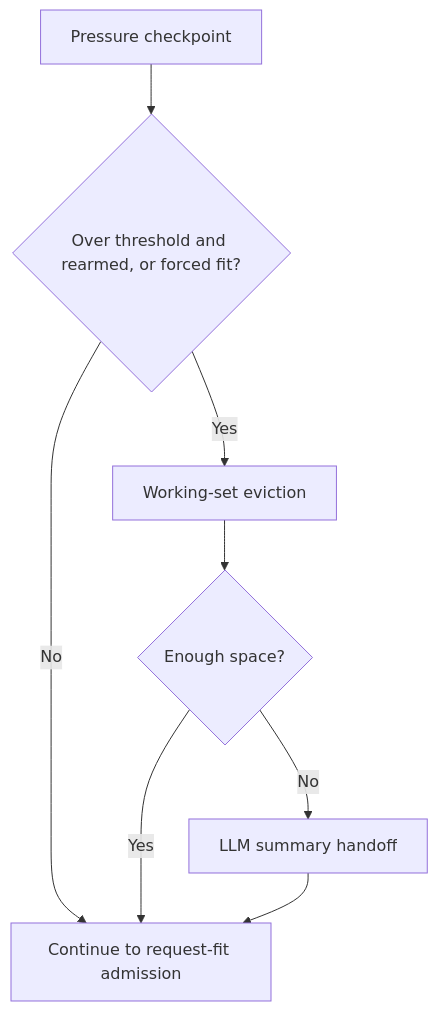
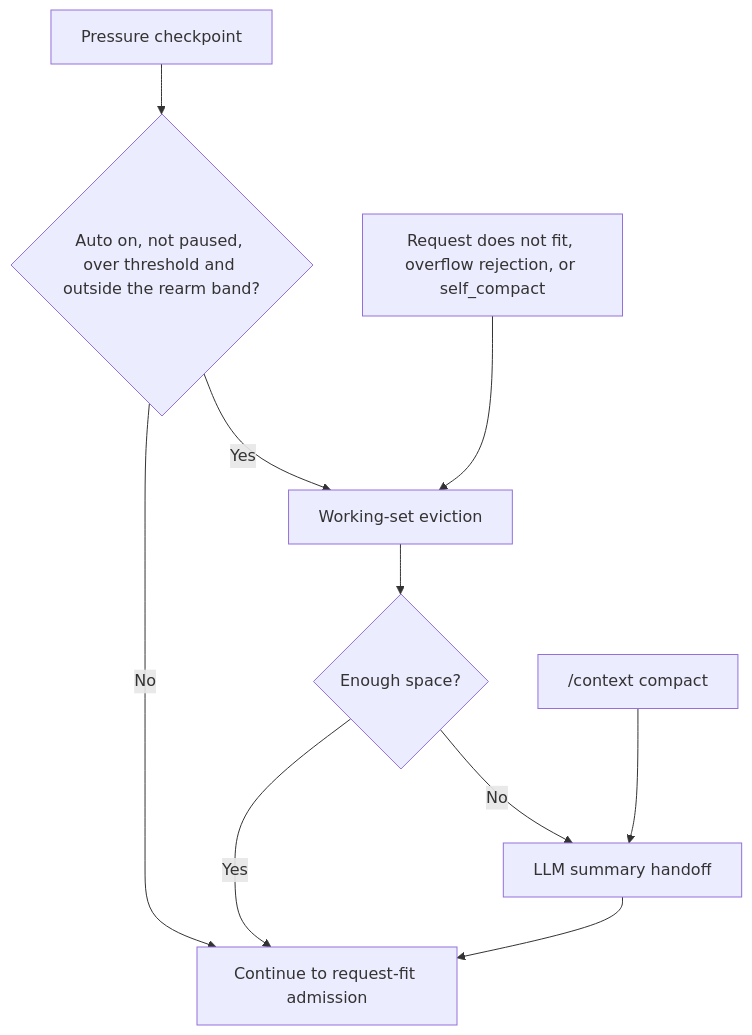
The diagram in docs/architecture/context-engine.md (iowarp/clio-coder), drawn with Mermaid before and after one commit. The commit also changed other lines of this file and 64 other files, not shown here.

First line of the commit message:
docs: ground the guide and architecture corpus in 0.6.0 source

````diff
--- a/docs/architecture/context-engine.md
+++ b/docs/architecture/context-engine.md
@@ -80,10 +100,12 @@
 ```mermaid
 flowchart TD
-    A["Pressure checkpoint"] --> B{"Over threshold and rearmed, or forced fit?"}
+    A["Pressure checkpoint"] --> B{"Auto on, not paused, over threshold and outside the rearm band?"}
     B -- No --> C["Continue to request-fit admission"]
     B -- Yes --> D["Working-set eviction"]
+    X["Request does not fit, overflow rejection, or self_compact"] --> D
     D --> E{"Enough space?"}
     E -- Yes --> C
     E -- No --> F["LLM summary handoff"]
+    M["/context compact"] --> F
     F --> C
 ```
````
